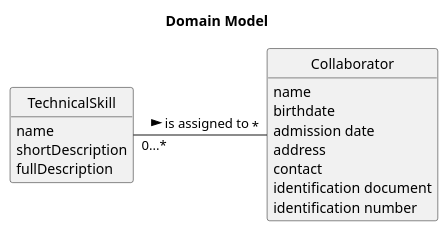
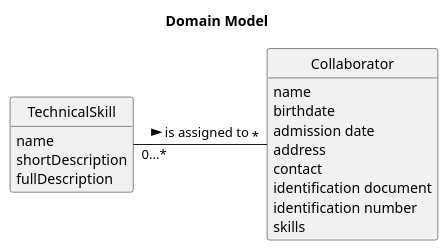
Before and after one commit to RicardoMorim/lapr2-ISEP-Project: the diagram in docs/sprintB/us004/02.analysis/puml/004-domain-model.puml, drawn with PlantUML. The commit also changed 14 other files, not shown here.

```diff
--- a/docs/sprintB/us004/02.analysis/puml/004-domain-model.puml
+++ b/docs/sprintB/us004/02.analysis/puml/004-domain-model.puml
@@ -1,30 +1,31 @@
 @startuml
 
 'left to right direction
 
 title Domain Model
 
 hide methods
 hide circle
 
 
 
 class Collaborator {
     name
     birthdate
     admission date
     address
     contact
     identification document
     identification number
+    skills
 }
 
 class TechnicalSkill {
         name
         shortDescription
         fullDescription
 }
 
 TechnicalSkill "0...*" - "*" Collaborator : is assigned to >
 
 @enduml
```
